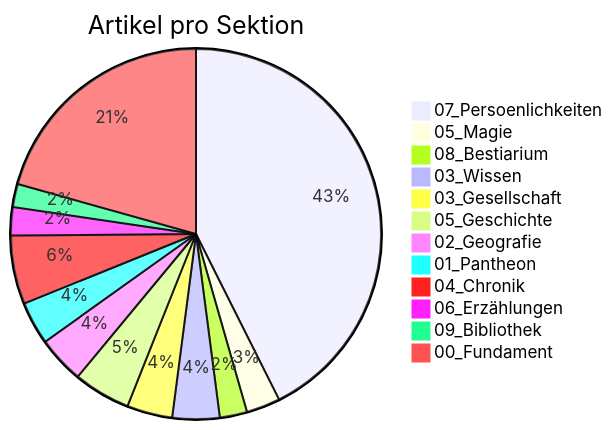
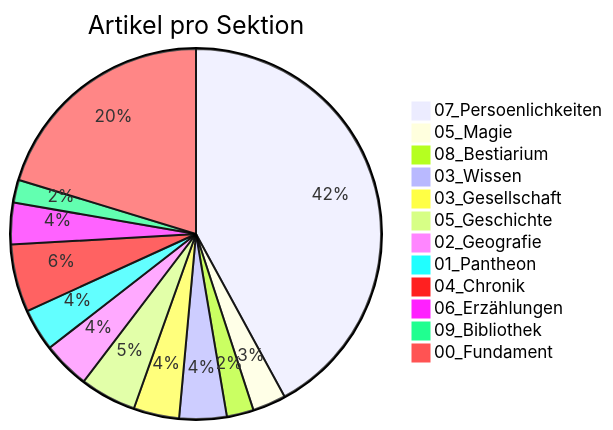
Before and after one commit to Siebenwind/7w_wiki: the diagram in docs/Siebenwind_Wiki/10_Archiv/Wiki_Statistiken.md, drawn with Mermaid. The commit also changed other lines of this file and 145 other files, not shown here.

````diff
--- a/docs/Siebenwind_Wiki/10_Archiv/Wiki_Statistiken.md
+++ b/docs/Siebenwind_Wiki/10_Archiv/Wiki_Statistiken.md
@@ -39,15 +39,15 @@
 ```mermaid
 pie title Artikel pro Sektion
-    "07_Persoenlichkeiten" : 590
+    "07_Persoenlichkeiten" : 591
     "05_Magie" : 41
     "08_Bestiarium" : 33
-    "03_Wissen" : 57
-    "03_Gesellschaft" : 55
+    "03_Wissen" : 58
+    "03_Gesellschaft" : 56
     "05_Geschichte" : 69
-    "02_Geografie" : 57
+    "02_Geografie" : 58
     "01_Pantheon" : 52
     "04_Chronik" : 83
-    "06_Erzählungen" : 34
+    "06_Erzählungen" : 51
     "09_Bibliothek" : 28
-    "00_Fundament" : 286
+    "00_Fundament" : 285
 ```
````
